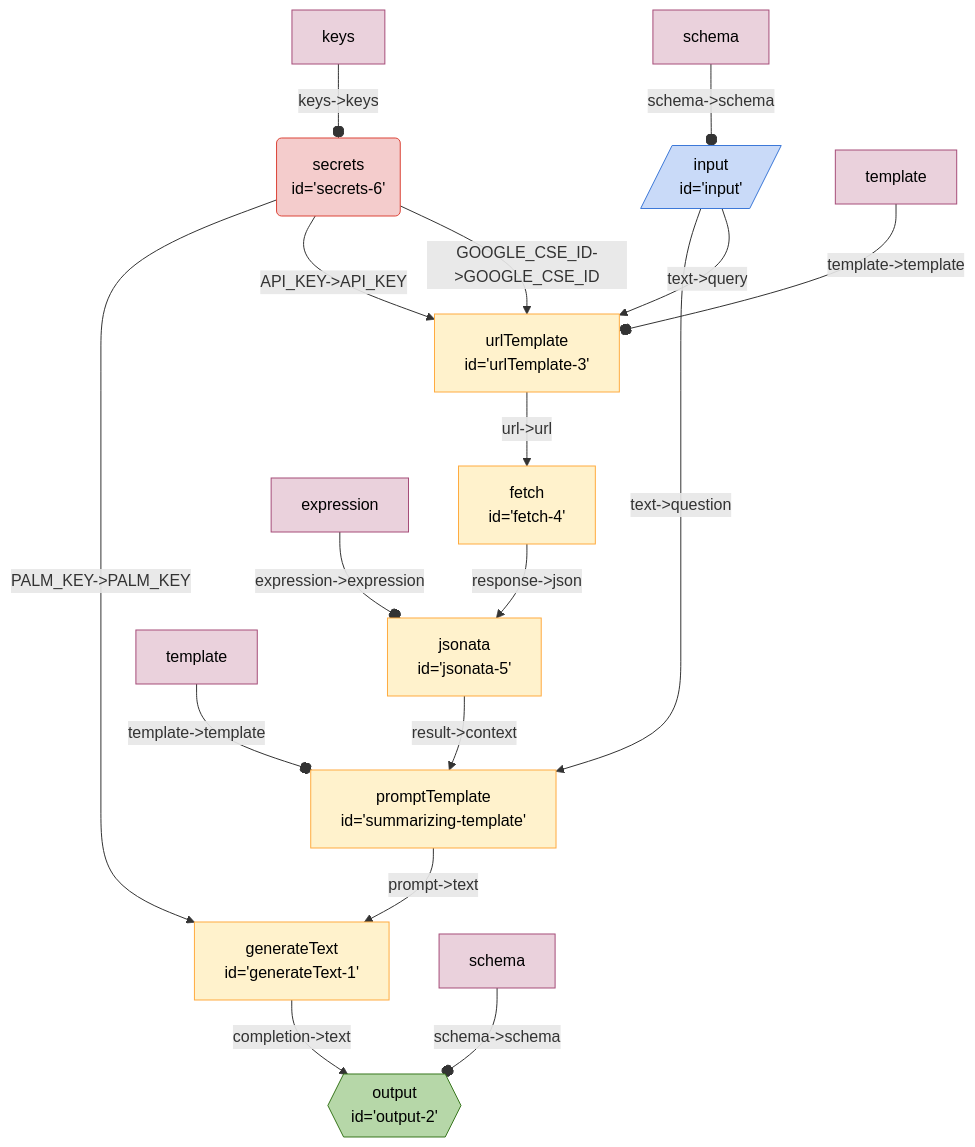
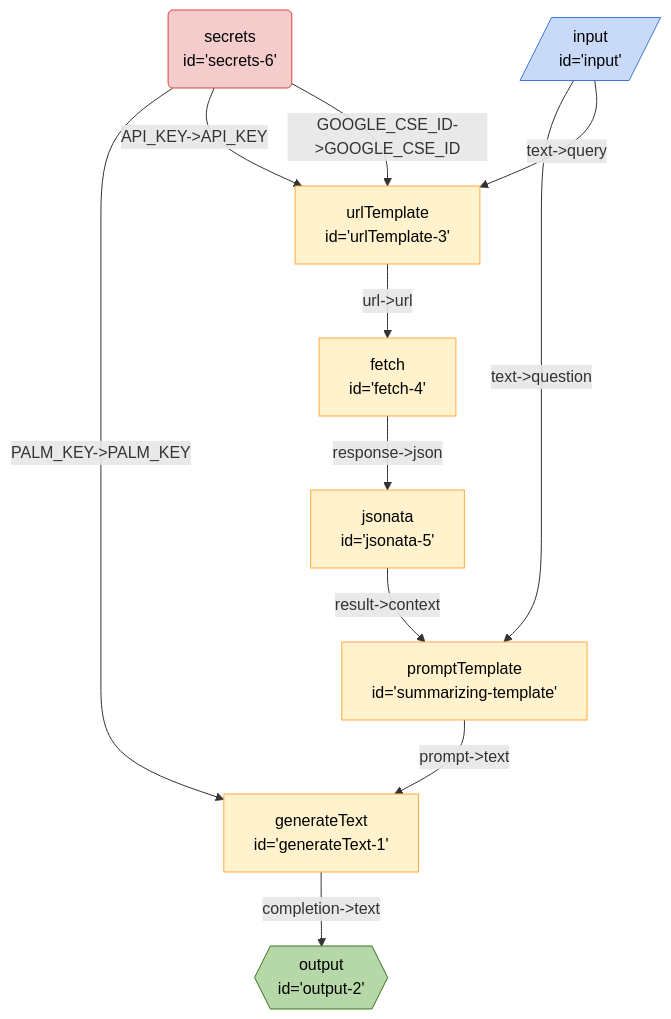
The diagram in seeds/graph-playground/docs/graphs/search-summarize.md (breadboard-ai/breadboard), drawn with Mermaid before and after one commit. The commit also changed 30 other files, not shown here.

````diff
--- a/seeds/graph-playground/docs/graphs/search-summarize.md
+++ b/seeds/graph-playground/docs/graphs/search-summarize.md
@@ -5,28 +5,22 @@
   ```mermaid
   %%{init: 'themeVariables': { 'fontFamily': 'Fira Code, monospace' }}%%
 graph TD;
 generateText1["generateText <br> id='generateText-1'"] -- "completion->text" --> output2{{"output <br> id='output-2'"}}:::output
 summarizingtemplate["promptTemplate <br> id='summarizing-template'"] -- "prompt->text" --> generateText1["generateText <br> id='generateText-1'"]
 jsonata5["jsonata <br> id='jsonata-5'"] -- "result->context" --> summarizingtemplate["promptTemplate <br> id='summarizing-template'"]
 fetch4["fetch <br> id='fetch-4'"] -- "response->json" --> jsonata5["jsonata <br> id='jsonata-5'"]
 urlTemplate3["urlTemplate <br> id='urlTemplate-3'"] -- "url->url" --> fetch4["fetch <br> id='fetch-4'"]
 secrets6("secrets <br> id='secrets-6'"):::secrets -- "PALM_KEY->PALM_KEY" --> generateText1["generateText <br> id='generateText-1'"]
 secrets6("secrets <br> id='secrets-6'"):::secrets -- "API_KEY->API_KEY" --> urlTemplate3["urlTemplate <br> id='urlTemplate-3'"]
 secrets6("secrets <br> id='secrets-6'"):::secrets -- "GOOGLE_CSE_ID->GOOGLE_CSE_ID" --> urlTemplate3["urlTemplate <br> id='urlTemplate-3'"]
 input[/"input <br> id='input'"/]:::input -- "text->question" --> summarizingtemplate["promptTemplate <br> id='summarizing-template'"]
 input[/"input <br> id='input'"/]:::input -- "text->query" --> urlTemplate3["urlTemplate <br> id='urlTemplate-3'"]
-schemaoutput2[schema]:::config -- "schema->schema" --o output2
-templatesummarizingtemplate[template]:::config -- "template->template" --o summarizingtemplate
-templateurlTemplate3[template]:::config -- "template->template" --o urlTemplate3
-expressionjsonata5[expression]:::config -- "expression->expression" --o jsonata5
-keyssecrets6[keys]:::config -- "keys->keys" --o secrets6
-schemainput[schema]:::config -- "schema->schema" --o input
 classDef default stroke:#ffab40,fill:#fff2ccff,color:#000
 classDef input stroke:#3c78d8,fill:#c9daf8ff,color:#000
 classDef output stroke:#38761d,fill:#b6d7a8ff,color:#000
 classDef passthrough stroke:#a64d79,fill:#ead1dcff,color:#000
 classDef slot stroke:#a64d79,fill:#ead1dcff,color:#000
 classDef config stroke:#a64d79,fill:#ead1dcff,color:#000
 classDef secrets stroke:#db4437,fill:#f4cccc,color:#000
 classDef slotted stroke:#a64d79
   ```
````
